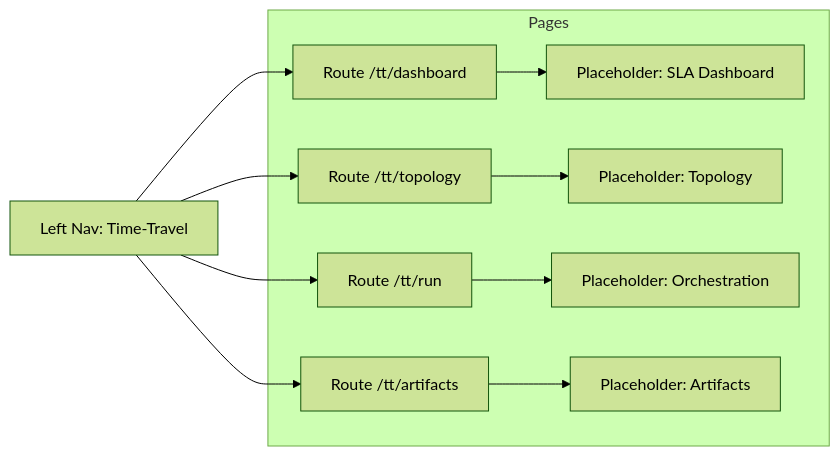
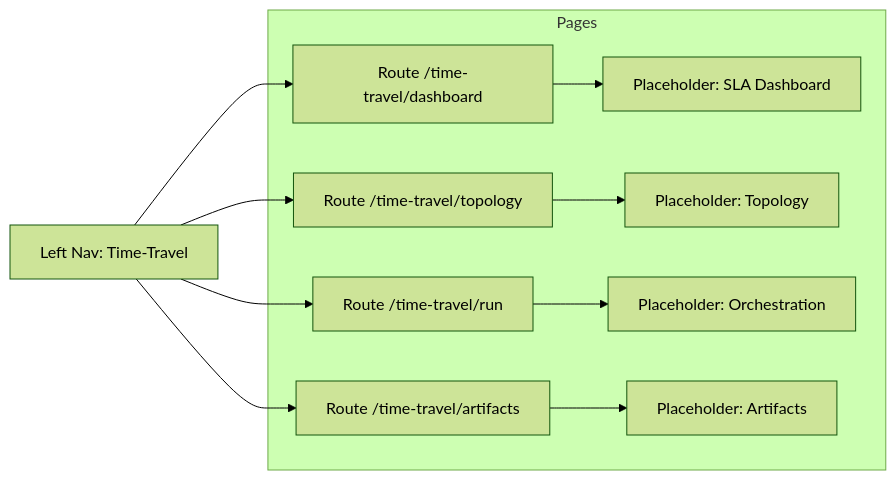
One commit to 23min/FlowTime changed the diagram in docs/milestones/UI-M-03.10.md. Above: the diagram before and after it, drawn with Mermaid (forest theme). The commit also changed other lines of this file and 4 other files, not shown here.

Commit message:
docs(ui-m3): align routes to /time-travel; set nav order; placeholder decisions (Artifacts visible, Simulate placeholder, Analyze hidden); startup log minimal

````diff
--- a/docs/milestones/UI-M-03.10.md
+++ b/docs/milestones/UI-M-03.10.md
@@ -82,14 +82,14 @@
 ```mermaid
 flowchart LR
-  A[Left Nav: Time-Travel] --> B[Route /tt/dashboard]
-  A --> C[Route /tt/topology]
-  A --> D[Route /tt/run]
-  A --> E[Route /tt/artifacts]
+  A[Left Nav: Time-Travel] --> B[Route /time-travel/dashboard]
+  A --> C[Route /time-travel/topology]
+  A --> D[Route /time-travel/run]
+  A --> E[Route /time-travel/artifacts]
 
   subgraph Pages
     B --> B1[Placeholder: SLA Dashboard]
     C --> C1[Placeholder: Topology]
     D --> D1[Placeholder: Orchestration]
     E --> E1[Placeholder: Artifacts]
   end
 ```
````
